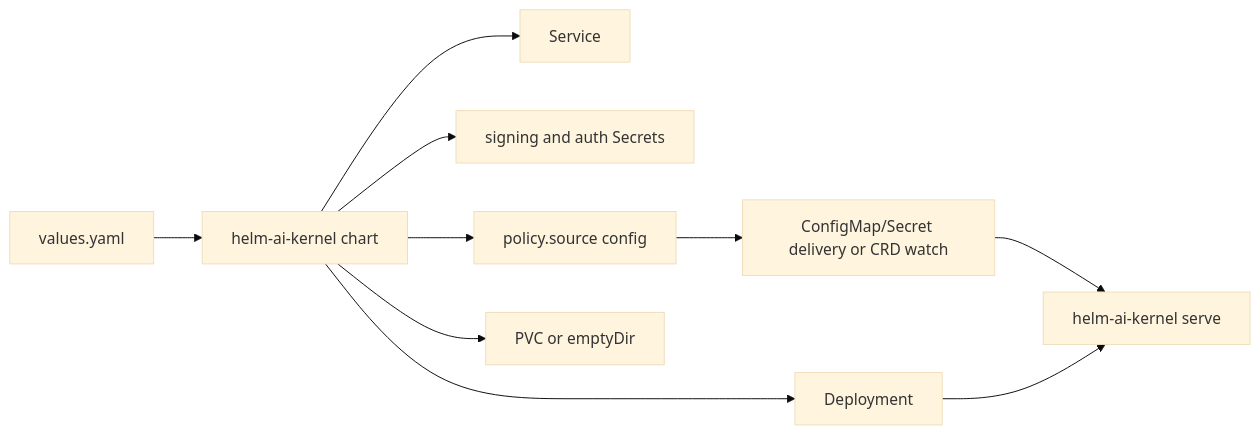
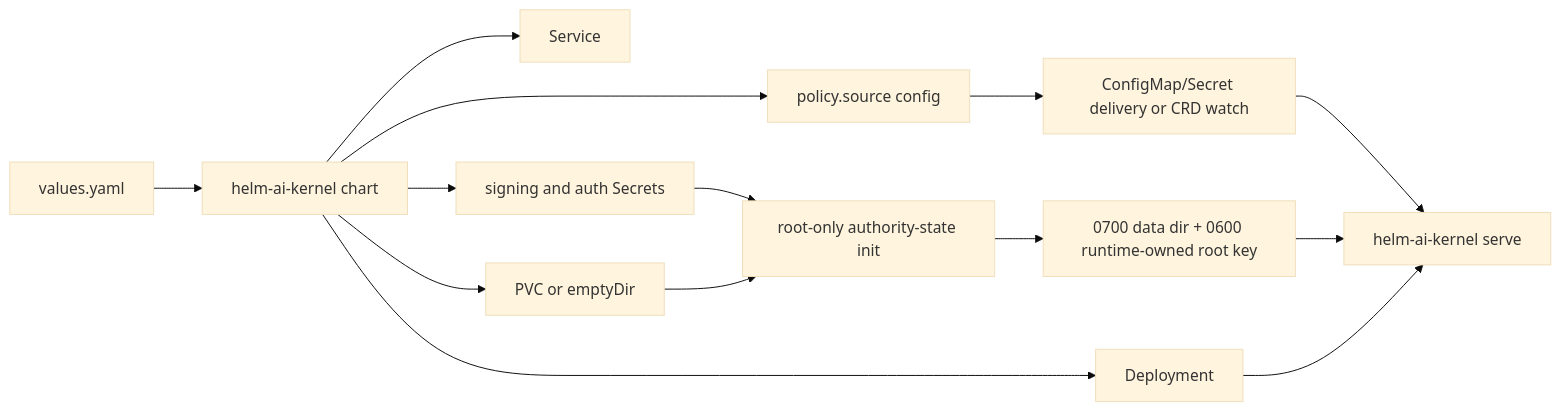
One commit to Mindburn-Labs/helm-ai-kernel changed the diagram in deploy/README.md. Above: the diagram before and after it, drawn with Mermaid (base theme). The commit also changed other lines of this file and 18 other files, not shown here.

````diff
--- a/deploy/README.md
+++ b/deploy/README.md
@@ -9,12 +9,16 @@
 ```mermaid
 flowchart LR
   values["values.yaml"] --> chart["helm-ai-kernel chart"]
   chart --> deploy["Deployment"]
   chart --> svc["Service"]
   chart --> secret["signing and auth Secrets"]
   chart --> source["policy.source config"]
   source --> delivery["ConfigMap/Secret delivery or CRD watch"]
   chart --> pvc["PVC or emptyDir"]
+  secret --> init["root-only authority-state init"]
+  pvc --> init
+  init --> authority["0700 data dir + 0600 runtime-owned root key"]
   delivery --> pod["runtime reconciler"]
+  authority --> pod
   deploy --> pod["helm-ai-kernel serve"]
 ```
````
